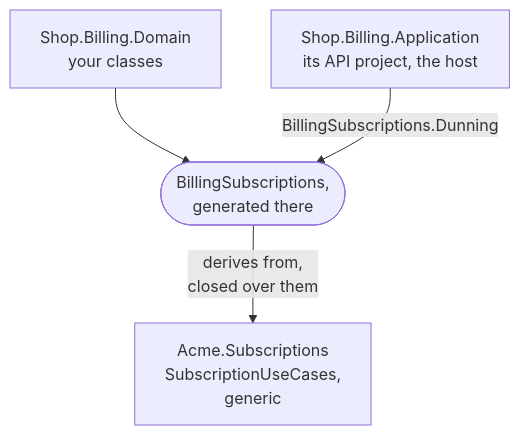
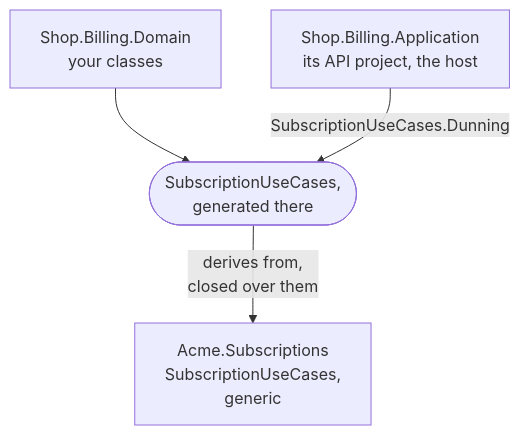
The sixth of 6 diagrams in docs/writing-a-supporting-domain.md (DylanSnel/DDDToolkit), drawn with Mermaid before and after one commit. The commit also changed other lines of this file and 121 other files, not shown here.

First line of the commit message:
Tenancy: the generated use cases are called TenancyUseCases

````diff
--- a/docs/writing-a-supporting-domain.md
+++ b/docs/writing-a-supporting-domain.md
@@ -851,7 +850,7 @@
 ```mermaid
 flowchart TB
     Package["Acme.Subscriptions<br/>SubscriptionUseCases,<br/>generic"]
-    Domain["Shop.Billing.Domain<br/>your classes"] --> Class(["BillingSubscriptions,<br/>generated there"])
+    Domain["Shop.Billing.Domain<br/>your classes"] --> Class(["SubscriptionUseCases,<br/>generated there"])
     Class -- "derives from,<br/>closed over them" --> Package
-    Application["Shop.Billing.Application<br/>its API project, the host"] -- "BillingSubscriptions.Dunning" --> Class
+    Application["Shop.Billing.Application<br/>its API project, the host"] -- "SubscriptionUseCases.Dunning" --> Class
 ```
````
